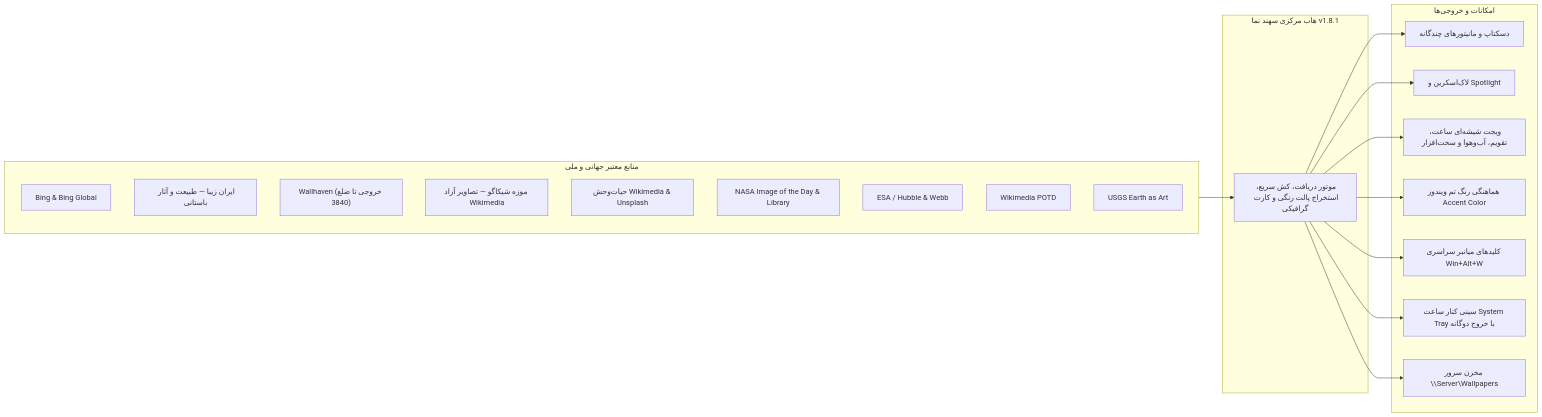
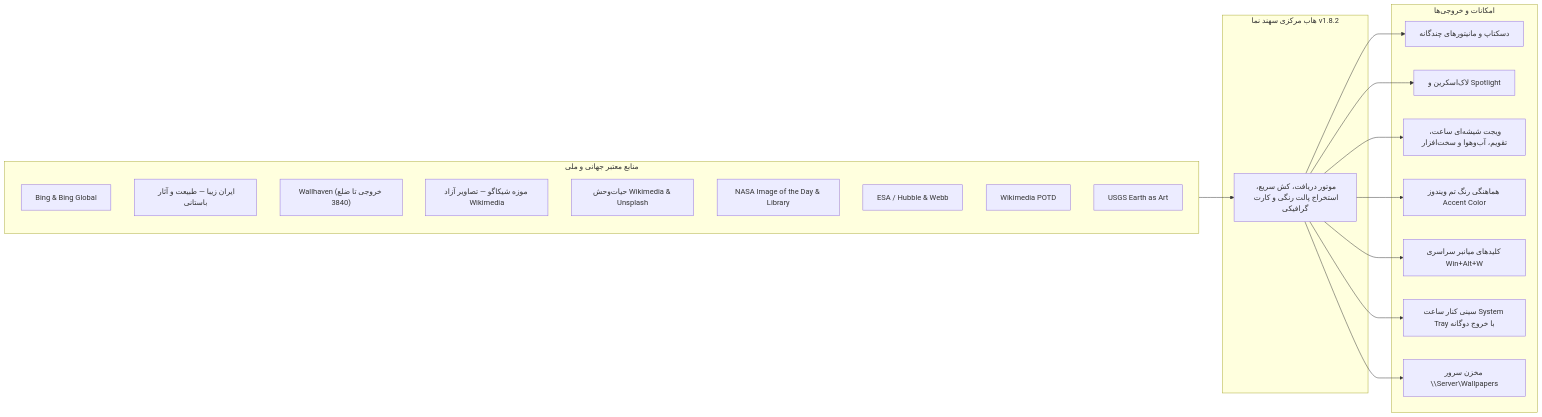
One commit to taimazus/SetWinWallpaper changed the diagram in README.md. Above: the diagram before and after it, drawn with Mermaid. The commit also changed other lines of this file and 25 other files, not shown here.

````diff
--- a/README.md
+++ b/README.md
@@ -36,37 +36,37 @@
 ```mermaid
 graph LR
     subgraph Sources ["منابع معتبر جهانی و ملی"]
         B["Bing & Bing Global"]
         IR["ایران زیبا — طبیعت و آثار باستانی"]
         W4K["Wallhaven (خروجی تا ضلع 3840)"]
         ART["موزه شیکاگو — تصاویر آزاد Wikimedia"]
         GEO["حیات‌وحش Wikimedia & Unsplash"]
         N["NASA Image of the Day & Library"]
         H["ESA / Hubble & Webb"]
         W["Wikimedia POTD"]
         E["USGS Earth as Art"]
     end
     
-    subgraph Engine ["هاب مرکزی سهند نما v1.8.1"]
+    subgraph Engine ["هاب مرکزی سهند نما v1.8.2"]
         Core["موتور دریافت، کش سریع، استخراج پالت رنگی و کارت گرافیکی"]
     end
     
     subgraph Targets ["امکانات و خروجی‌ها"]
         D["دسکتاپ و مانیتورهای چندگانه"]
         L["لاک‌اسکرین و Spotlight"]
         WID["ویجت شیشه‌ای ساعت، تقویم، آب‌وهوا و سخت‌افزار"]
         CLR["هماهنگی رنگ تم ویندوز Accent Color"]
         HK["کلیدهای میانبر سراسری Win+Alt+W"]
         TRY["سینی کنار ساعت System Tray با خروج دوگانه"]
         S["مخزن سرور \\Server\Wallpapers"]
     end
     
     Sources --> Core
     Core --> D
     Core --> L
     Core --> WID
     Core --> CLR
     Core --> HK
     Core --> TRY
     Core --> S
 ```
````
